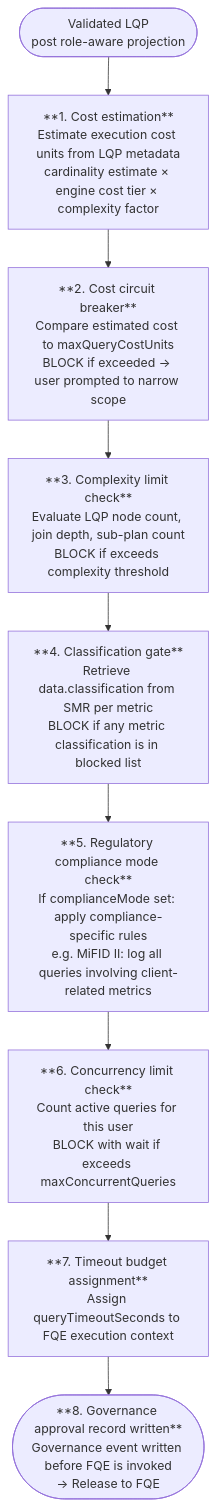
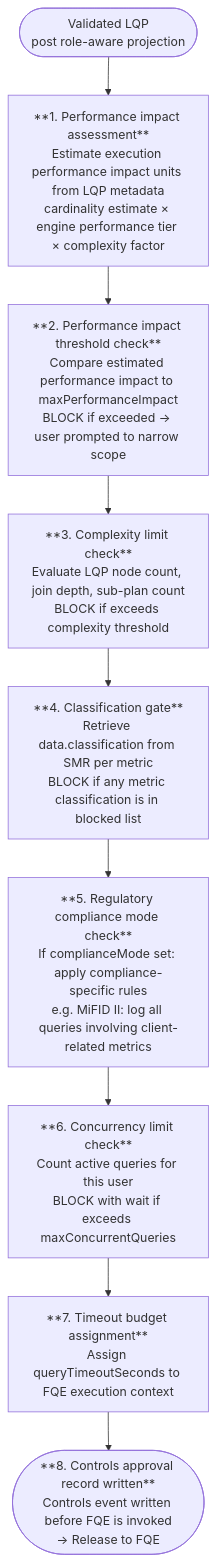
One commit to M-A-Operating-System/shared-work changed the fifth of 6 diagrams in docs/product/analytics/02-core-capabilities.md. Above: the diagram before and after it, drawn with Mermaid. The commit also changed other lines of this file and 8 other files, not shown here.

First line of the commit message:
Rebrand SEG→SCL, governance→controls, cost→performance impact

````diff
--- a/docs/product/analytics/02-core-capabilities.md
+++ b/docs/product/analytics/02-core-capabilities.md
@@ -644,14 +644,14 @@
 ```mermaid
 flowchart TD
     START(["Validated LQP\npost role-aware projection"])
-    S1["**1. Cost estimation**\nEstimate execution cost units from LQP metadata\ncardinality estimate × engine cost tier × complexity factor"]
-    S2["**2. Cost circuit breaker**\nCompare estimated cost to maxQueryCostUnits\nBLOCK if exceeded → user prompted to narrow scope"]
+    S1["**1. Performance impact assessment**\nEstimate execution performance impact units from LQP metadata\ncardinality estimate × engine performance tier × complexity factor"]
+    S2["**2. Performance impact threshold check**\nCompare estimated performance impact to maxPerformanceImpact\nBLOCK if exceeded → user prompted to narrow scope"]
     S3["**3. Complexity limit check**\nEvaluate LQP node count, join depth, sub-plan count\nBLOCK if exceeds complexity threshold"]
     S4["**4. Classification gate**\nRetrieve data.classification from SMR per metric\nBLOCK if any metric classification is in blocked list"]
     S5["**5. Regulatory compliance mode check**\nIf complianceMode set: apply compliance-specific rules\ne.g. MiFID II: log all queries involving client-related metrics"]
     S6["**6. Concurrency limit check**\nCount active queries for this user\nBLOCK with wait if exceeds maxConcurrentQueries"]
     S7["**7. Timeout budget assignment**\nAssign queryTimeoutSeconds to FQE execution context"]
-    S8(["**8. Governance approval record written**\nGovernance event written before FQE is invoked\n→ Release to FQE"])
+    S8(["**8. Controls approval record written**\nControls event written before FQE is invoked\n→ Release to FQE"])
 
     START --> S1 --> S2 --> S3 --> S4 --> S5 --> S6 --> S7 --> S8
 ```
````
